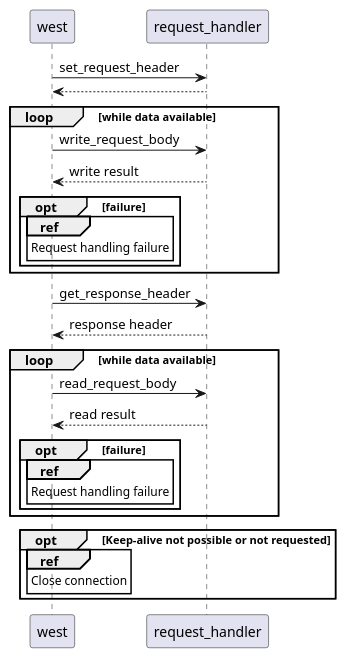
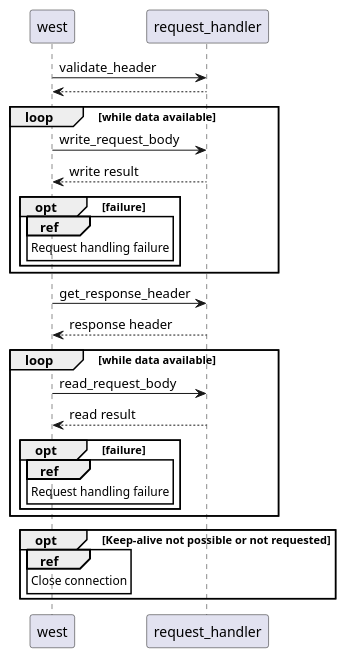
One commit to milasudril/west changed the diagram in doc/request_handling.puml. Above: the diagram before and after it, drawn with PlantUML. The commit also changed 6 other files, not shown here.

Commit message:
Move request_header to session

```diff
--- a/doc/request_handling.puml
+++ b/doc/request_handling.puml
@@ -1,29 +1,29 @@
 @startuml
-west -> request_handler:set_request_header
+west -> request_handler:validate_header
 return
 loop while data available
 	west -> request_handler:write_request_body
 	return write result
 	opt failure
 		ref over west
 			Request handling failure
 		end ref
 	end
 end
 west -> request_handler:get_response_header
 return response header
 loop while data available
 	west -> request_handler:read_request_body
 	return read result
 	opt failure
 		ref over west
 			Request handling failure
 		end ref
 	end
 end
 opt Keep-alive not possible or not requested
 	ref over west
 		Close connection
 	end ref
 end
 @enduml
```
